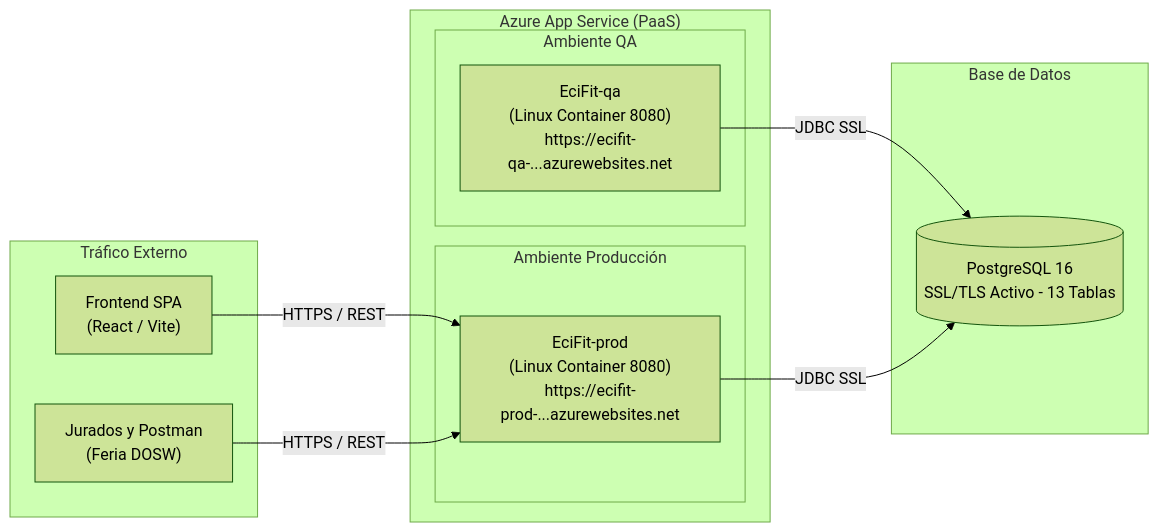
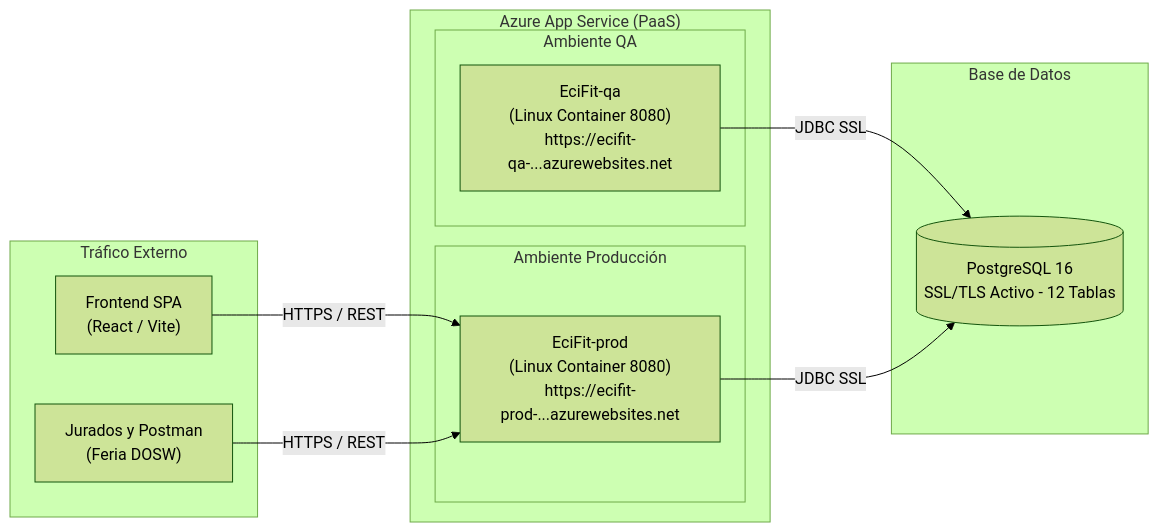
The fifth of 5 diagrams in docs/arquitectura-hld.md (ECI-FIT/ecifit-backend), drawn with Mermaid (forest theme) before and after one commit. The commit also changed other lines of this file and 1 other file, not shown here.

Commit message:
docs(arquitectura): calibrar HLD con 12 tablas, matriz 32-4-6=42 y sincronizar metricas

````diff
--- a/docs/arquitectura-hld.md
+++ b/docs/arquitectura-hld.md
@@ -447,25 +446,25 @@
 ```mermaid
 flowchart LR
     subgraph Internet["Tráfico Externo"]
         WebFront["Frontend SPA\n(React / Vite)"]
         Jurados["Jurados y Postman\n(Feria DOSW)"]
     end
 
     subgraph AzureCloud["Azure App Service (PaaS)"]
         subgraph QA["Ambiente QA"]
             AppQA["EciFit-qa\n(Linux Container 8080)\nhttps://ecifit-qa-...azurewebsites.net"]
         end
         subgraph PROD["Ambiente Producción"]
             AppProd["EciFit-prod\n(Linux Container 8080)\nhttps://ecifit-prod-...azurewebsites.net"]
         end
     end
 
     subgraph DataTier["Base de Datos"]
-        AzurePG[("PostgreSQL 16\nSSL/TLS Activo - 13 Tablas")]
+        AzurePG[("PostgreSQL 16\nSSL/TLS Activo - 12 Tablas")]
     end
 
     WebFront -->|"HTTPS / REST"| AppProd
     Jurados -->|"HTTPS / REST"| AppProd
     AppQA -->|"JDBC SSL"| AzurePG
     AppProd -->|"JDBC SSL"| AzurePG
 ```
````
